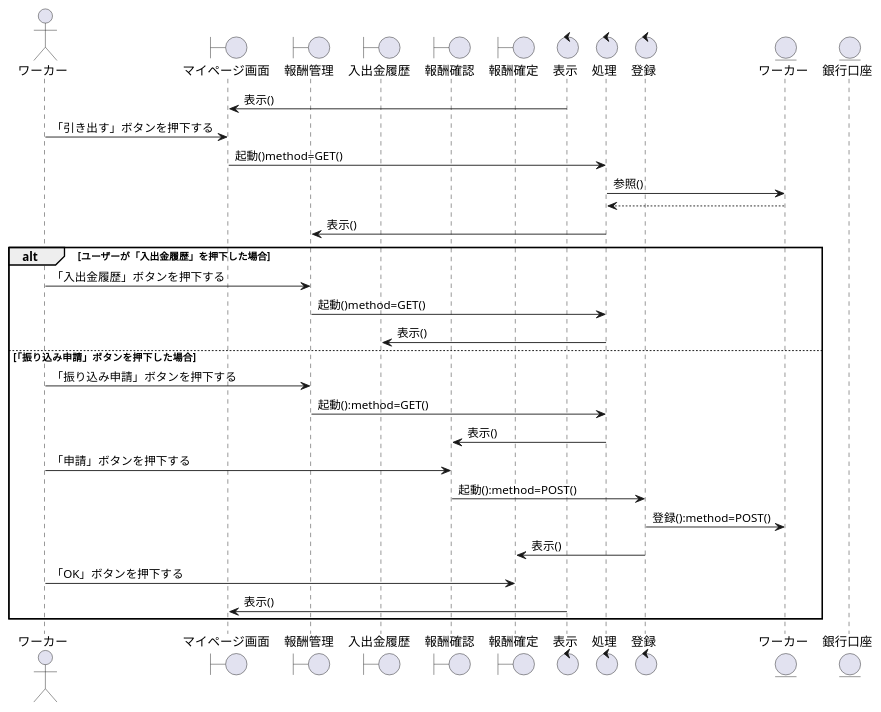
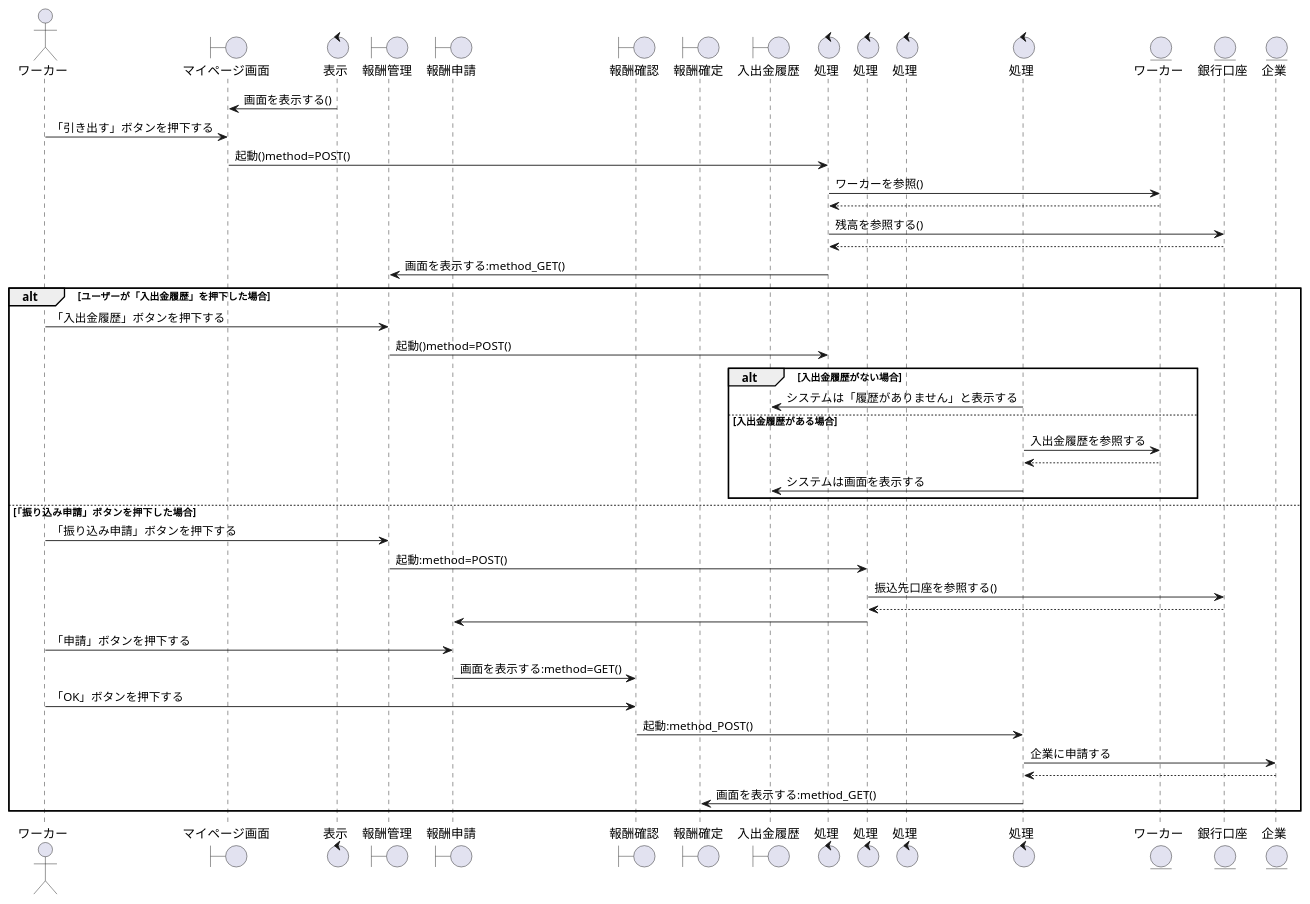
One commit to irukacb256/high_Me changed the diagram in sequence_fig/7_acconts_fn/03_ウォレット残高を引き出す.pu. Above: the diagram before and after it, drawn with PlantUML. The commit also changed 10 other files, not shown here.

```diff
--- a/sequence_fig/7_acconts_fn/03_ウォレット残高を引き出す.pu
+++ b/sequence_fig/7_acconts_fn/03_ウォレット残高を引き出す.pu
@@ -1,44 +1,63 @@
 @startuml ウォレット残高を引き出す
 
 ' 1
 actor ワーカー as wo1
 
 boundary マイページ画面 as bo1
+control 表示 as co1
 boundary 報酬管理 as bo2
-boundary 入出金履歴 as bo5
-boundary 報酬確認 as bo3
-boundary 報酬確定 as bo4
+boundary 報酬申請 as bo3 
+boundary 報酬確認 as bo4
+boundary 報酬確定 as bo5
+boundary 入出金履歴 as bo6
 
-control 表示 as co1
 control 処理 as co2
-control 登録 as co3
+control 処理 as co3
+control 処理 as co4
+control 処理 as co5
 
 entity ワーカー as en1
 entity 銀行口座 as en2
+entity 企業 as en3
 
-co1 -> bo1:表示()
-wo1 -> bo1:「引き出す」ボタンを押下する
-bo1 -> co2:起動()method=GET()
-co2 -> en1:参照()
+
+co1 -> bo1 : 画面を表示する()
+wo1 -> bo1 :「引き出す」ボタンを押下する
+bo1 -> co2 : 起動()method=POST()
+co2 -> en1 : ワーカーを参照()
 en1 --> co2
-co2 -> bo2:表示()
+co2 -> en2 : 残高を参照する()
+co2 <-- en2
+co2 -> bo2 : 画面を表示する:method_GET()
 
 alt ユーザーが「入出金履歴」を押下した場合
-  wo1 -> bo2:「入出金履歴」ボタンを押下する
-  bo2 -> co2:起動()method=GET()
-  co2 -> bo5:表示()
+  wo1 -> bo2 :「入出金履歴」ボタンを押下する
+  bo2 -> co2 : 起動()method=POST()
+
+  alt 入出金履歴がない場合
+    co5 -> bo6 : システムは「履歴がありません」と表示する
+  
+  else 入出金履歴がある場合
+    co5 -> en1 : 入出金履歴を参照する
+    co5 <-- en1
+    co5 -> bo6 : システムは画面を表示する
+
+  end
 
 else  「振り込み申請」ボタンを押下した場合
-  wo1 -> bo2:「振り込み申請」ボタンを押下する
-  bo2 -> co2:起動():method=GET()
-  co2 -> bo3:表示()
-  wo1 -> bo3:「申請」ボタンを押下する
-  bo3 -> co3:起動():method=POST()
-  co3 -> en1:登録():method=POST()
-  co3 -> bo4:表示()
+  wo1 -> bo2 :「振り込み申請」ボタンを押下する
+  bo2 -> co3 : 起動:method=POST()
+  co3 -> en2 : 振込先口座を参照する()
+  co3 <-- en2
+  co3 -> bo3
+  wo1 -> bo3 : 「申請」ボタンを押下する
+  bo3 -> bo4 : 画面を表示する:method=GET()
+  wo1 -> bo4 : 「OK」ボタンを押下する
+  bo4 -> co5 : 起動:method_POST()
+  co5 -> en3 : 企業に申請する
+  co5 <-- en3
+  co5 -> bo5 : 画面を表示する:method_GET()
 
-  wo1 -> bo4:「OK」ボタンを押下する
-  co1 -> bo1:表示()
 end
 
 @enduml
```
